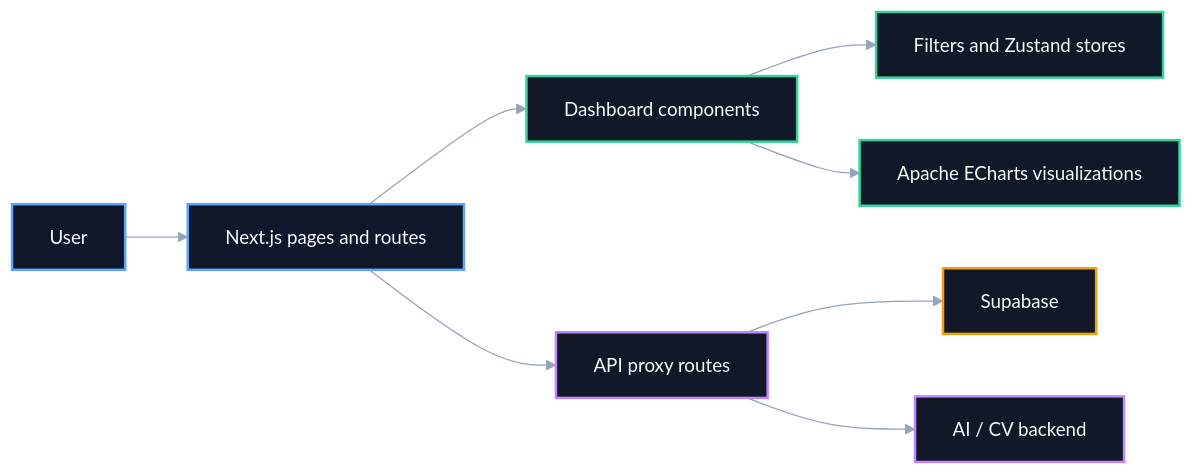
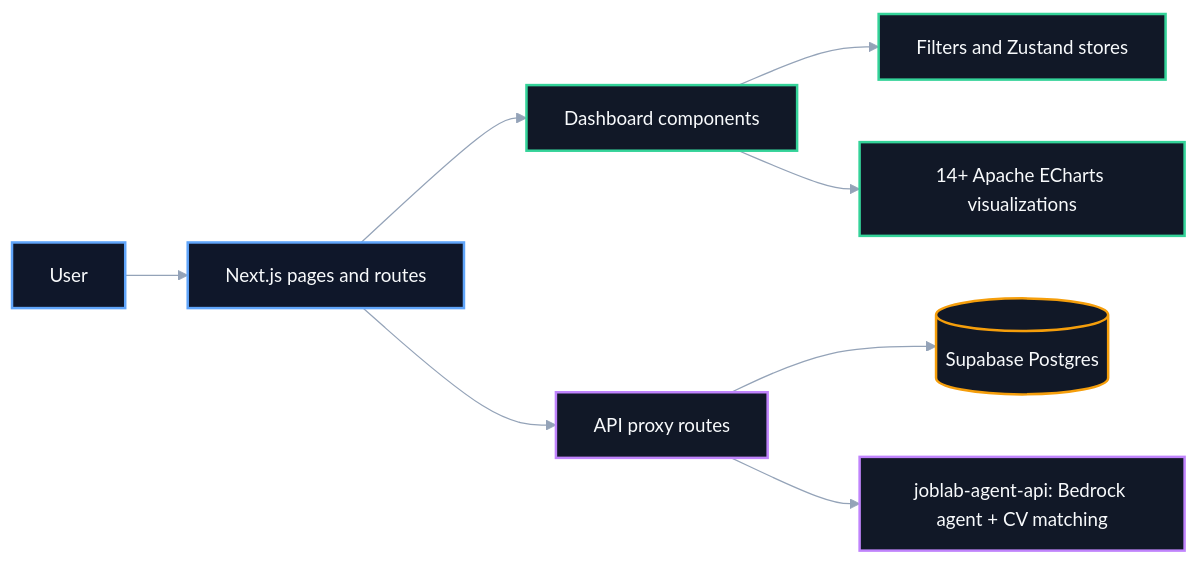
Before and after one commit to Mbehbahani/joblab-analytics-frontend: the first of 2 diagrams in README.md, drawn with Mermaid. The commit also changed other lines of this file and 2 other files, not shown here.

````diff
--- a/README.md
+++ b/README.md
@@ -51,21 +39,21 @@
 ```mermaid
 %%{init: {'theme': 'base', 'themeVariables': { 'primaryColor': '#111827', 'primaryTextColor': '#F9FAFB', 'primaryBorderColor': '#60A5FA', 'lineColor': '#94A3B8', 'secondaryColor': '#1F2937', 'tertiaryColor': '#0F172A', 'fontSize': '15px'}}}%%
 flowchart LR
     classDef client fill:#0F172A,stroke:#60A5FA,color:#F8FAFC,stroke-width:2px;
     classDef ui fill:#111827,stroke:#34D399,color:#F8FAFC,stroke-width:2px;
     classDef data fill:#111827,stroke:#F59E0B,color:#F8FAFC,stroke-width:2px;
     classDef ai fill:#111827,stroke:#C084FC,color:#F8FAFC,stroke-width:2px;
 
     U[User] --> P[Next.js pages and routes]
     P --> D[Dashboard components]
     P --> A[API proxy routes]
     D --> F[Filters and Zustand stores]
-    D --> C[Apache ECharts visualizations]
-    A --> S[Supabase]
-    A --> B[AI / CV backend]
+    D --> C[14+ Apache ECharts visualizations]
+    A --> S[(Supabase Postgres)]
+    A --> B[joblab-agent-api: Bedrock agent + CV matching]
 
     class U,P client;
     class D,F,C ui;
     class S data;
     class A,B ai;
 ```
````
